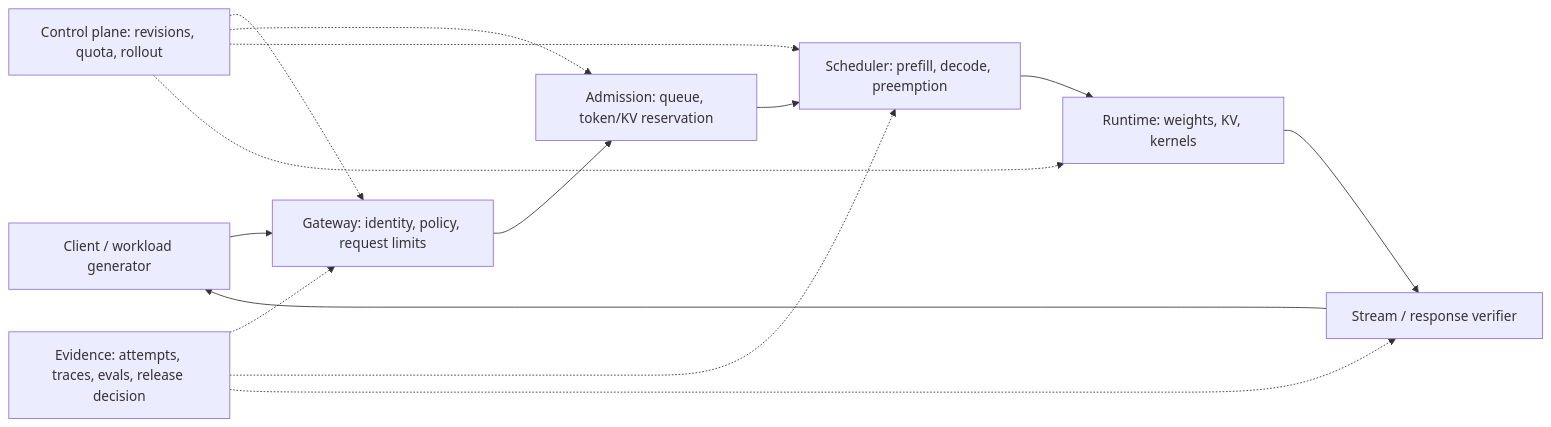
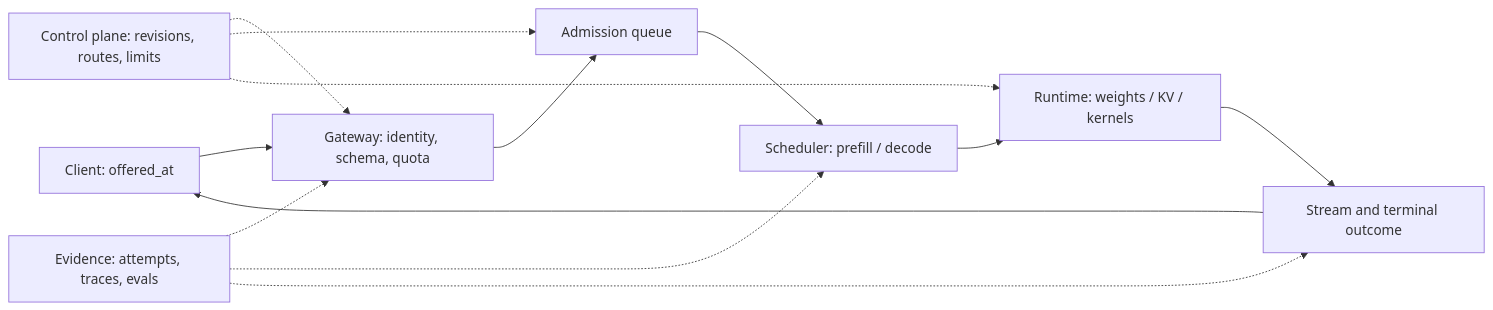
The diagram in docs/systems/serving.md (NightLemon/about-llm), drawn with Mermaid before and after one commit. The commit also changed other lines of this file and 8 other files, not shown here.

````diff
--- a/docs/systems/serving.md
+++ b/docs/systems/serving.md
@@ -27,16 +41,15 @@
 ```mermaid
 flowchart LR
-  C["Client / workload generator"] --> G["Gateway: identity, policy, request limits"]
-  G --> A["Admission: queue, token/KV reservation"]
-  A --> S["Scheduler: prefill, decode, preemption"]
-  S --> R["Runtime: weights, KV, kernels"]
-  R --> O["Stream / response verifier"]
+  C["Client: offered_at"] --> G["Gateway: identity, schema, quota"]
+  G --> Q["Admission queue"]
+  Q --> S["Scheduler: prefill / decode"]
+  S --> R["Runtime: weights / KV / kernels"]
+  R --> O["Stream and terminal outcome"]
   O --> C
-  P["Control plane: revisions, quota, rollout"] -.-> G
-  P -.-> A
-  P -.-> S
+  P["Control plane: revisions, routes, limits"] -.-> G
+  P -.-> Q
   P -.-> R
-  E["Evidence: attempts, traces, evals, release decision"] -.-> G
+  E["Evidence: attempts, traces, evals"] -.-> G
   E -.-> S
   E -.-> O
 ```
````
